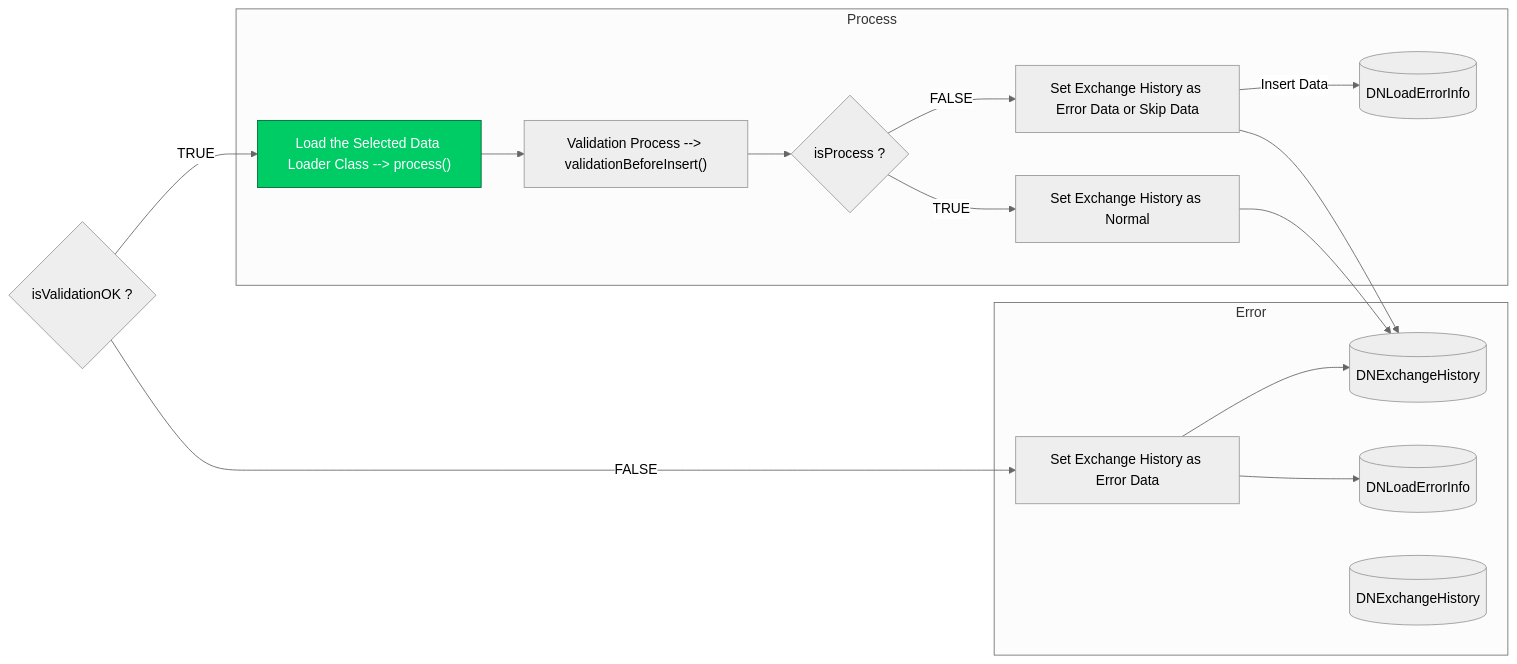
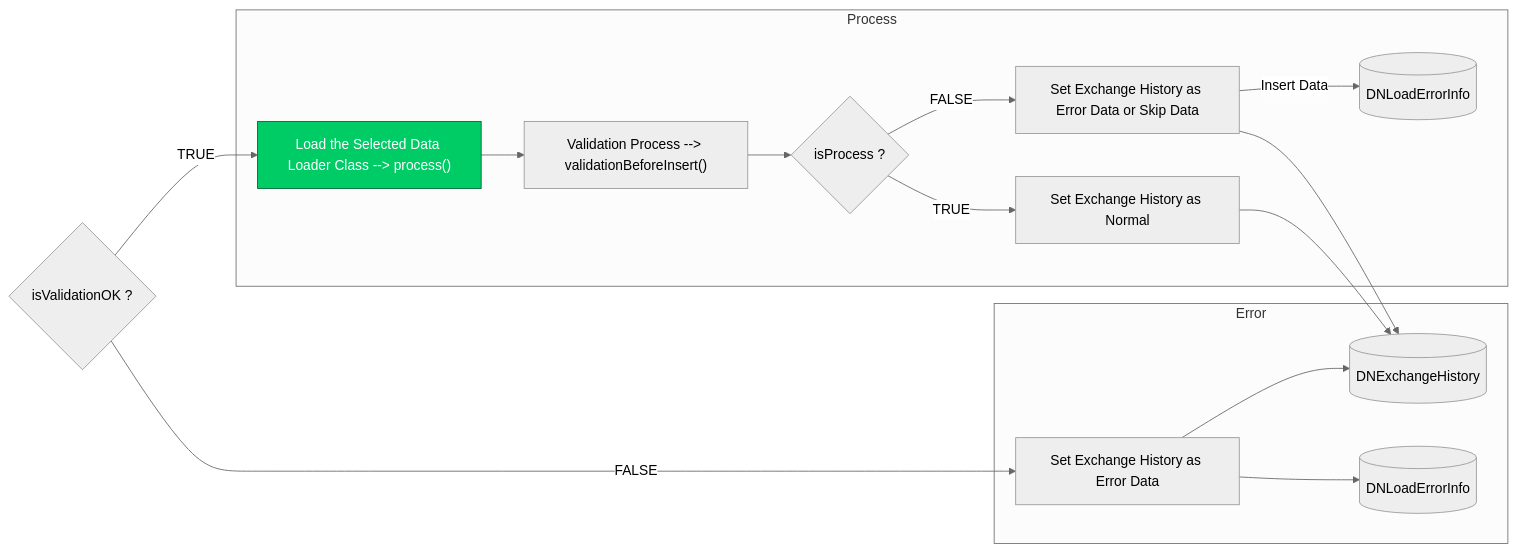
The ninth of 9 diagrams in Basic-Design/Host-Interfaces.md (luthfiadityaa/SimeDarby-Wiki), drawn with Mermaid (neutral theme) before and after one commit.

Commit message:
Updated Host Interfaces

```diff
--- a/Basic-Design/Host-Interfaces.md
+++ b/Basic-Design/Host-Interfaces.md
@@ -712,31 +712,30 @@
 ::: mermaid
 flowchart LR
 Cond1{"isValidationOK ?"}
 Cond1 --> |TRUE| B2
 Cond1 --> |FALSE| C2
 X1[(DNExchangeHistory)]
+X2[(DNLoadErrorInfo)]
 
 subgraph Error
- C2 --> C3 
+ C2 --> X2 
  C2 --> X1
- C4[(DNExchangeHistory)]
- C3[(DNLoadErrorInfo)]
  C2["Set Exchange History as Error Data"] 
 end
 
 subgraph Process
  B2 --> B3 --> Cond2
  Cond2{"isProcess ?"}
  B2["Load the Selected Data Loader Class --> process()"]
  B3["Validation Process --> validationBeforeInsert()"]
  B4["Set Exchange History as Error Data or Skip Data"]
  B5["Set Exchange History as Normal"]
  B6[(DNLoadErrorInfo)]
  Cond2 --> |FALSE| B4 --> |Insert Data| B6
  B4 --> X1
  Cond2 --> |TRUE| B5 --> X1
 end 
 
 click B2 "https://dev.azure.com/Daifuku-SW/ID_SimeDarbyPlantation/_wiki/wikis/ID_SimeDarbyPlantation.wiki/833/Host-Interfaces?anchor=stage-3"
 style B2 fill:#00cc66,stroke:#006633,color:#ffffff
 :::
```
